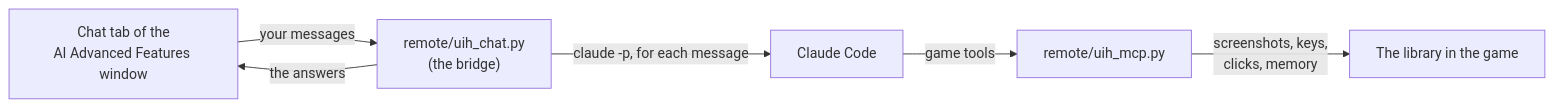
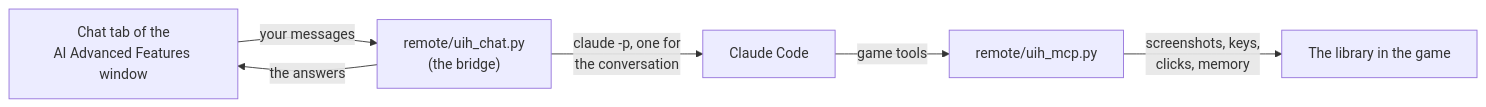
One commit to Sh0ckFR/Universal-Dear-ImGui-Hook changed the first of 2 diagrams in README.md. Above: the diagram before and after it, drawn with Mermaid. The commit also changed other lines of this file and 1 other file, not shown here.

First line of the commit message:
Keep one Claude Code process for the whole chat conversation

````diff
--- a/README.md
+++ b/README.md
@@ -179,8 +179,8 @@
 ```mermaid
 flowchart LR
     A["Chat tab of the<br/>AI Advanced Features window"] -- "your messages" --> B["remote/uih_chat.py<br/>(the bridge)"]
-    B -- "claude -p, for each message" --> C["Claude Code"]
+    B -- "claude -p, one for<br/>the conversation" --> C["Claude Code"]
     C -- "game tools" --> D["remote/uih_mcp.py"]
     D -- "screenshots, keys,<br/>clicks, memory" --> E["The library in the game"]
     B -- "the answers" --> A
 ```
````
